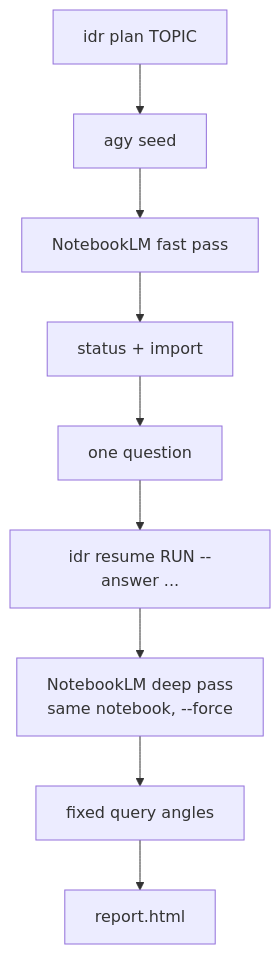
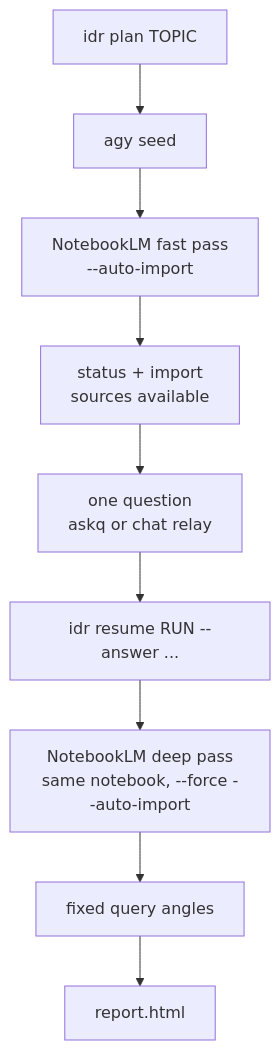
The diagram in skills/integrative-deep-research/SKILL.md (Martin-Hausleitner/interactive-deep-research), drawn with Mermaid before and after one commit. The commit also changed other lines of this file and 10 other files, not shown here.

````diff
--- a/skills/integrative-deep-research/SKILL.md
+++ b/skills/integrative-deep-research/SKILL.md
@@ -31,11 +46,11 @@
 ```mermaid
 flowchart TD
     A["idr plan TOPIC"] --> B["agy seed"]
-    B --> C["NotebookLM fast pass"]
-    C --> D["status + import"]
-    D --> E["one question"]
+    B --> C["NotebookLM fast pass<br/>--auto-import"]
+    C --> D["status + import<br/>sources available"]
+    D --> E["one question<br/>askq or chat relay"]
     E --> F["idr resume RUN --answer ..."]
-    F --> G["NotebookLM deep pass<br/>same notebook, --force"]
+    F --> G["NotebookLM deep pass<br/>same notebook, --force --auto-import"]
     G --> H["fixed query angles"]
     H --> I["report.html"]
 ```
````
